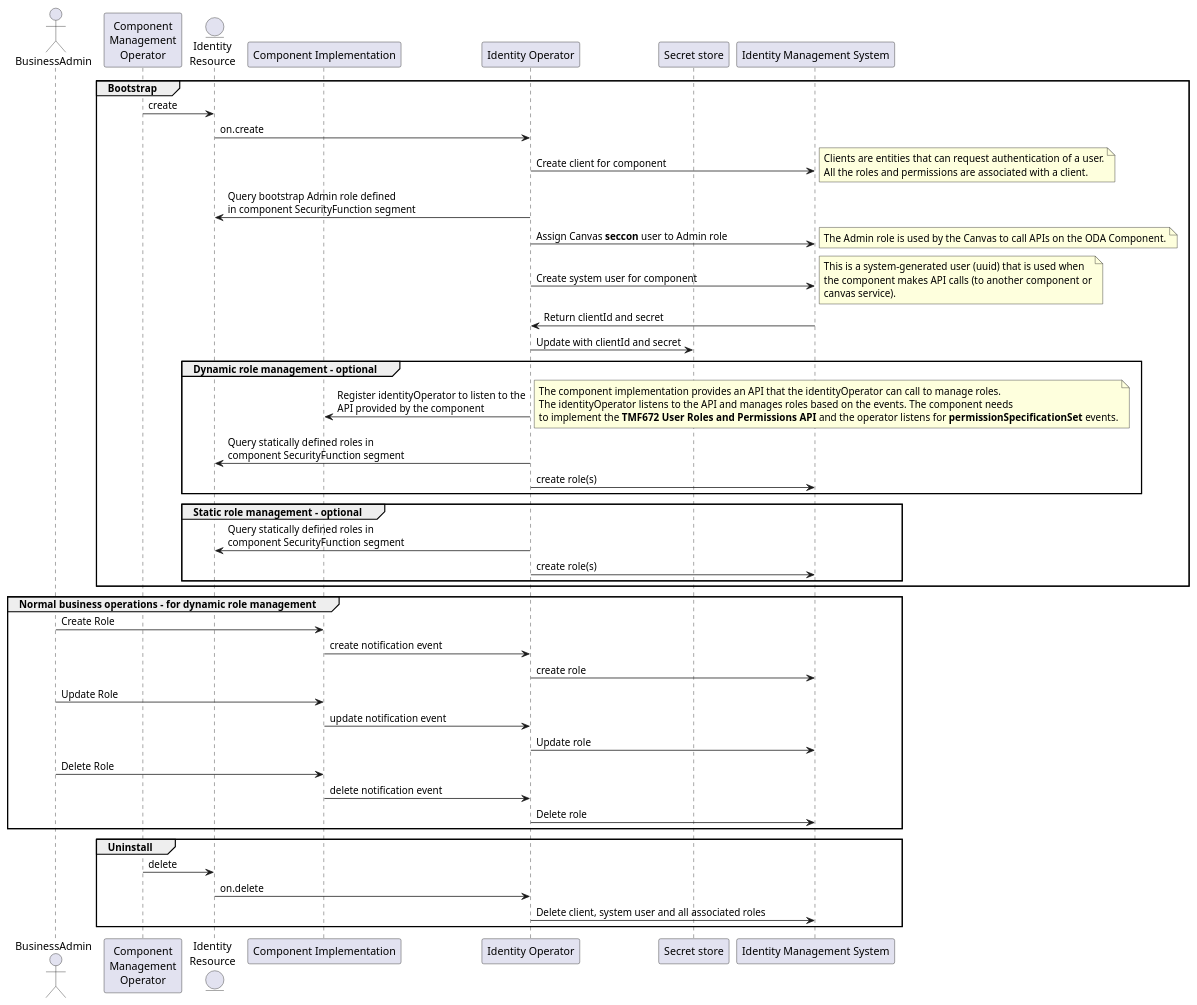
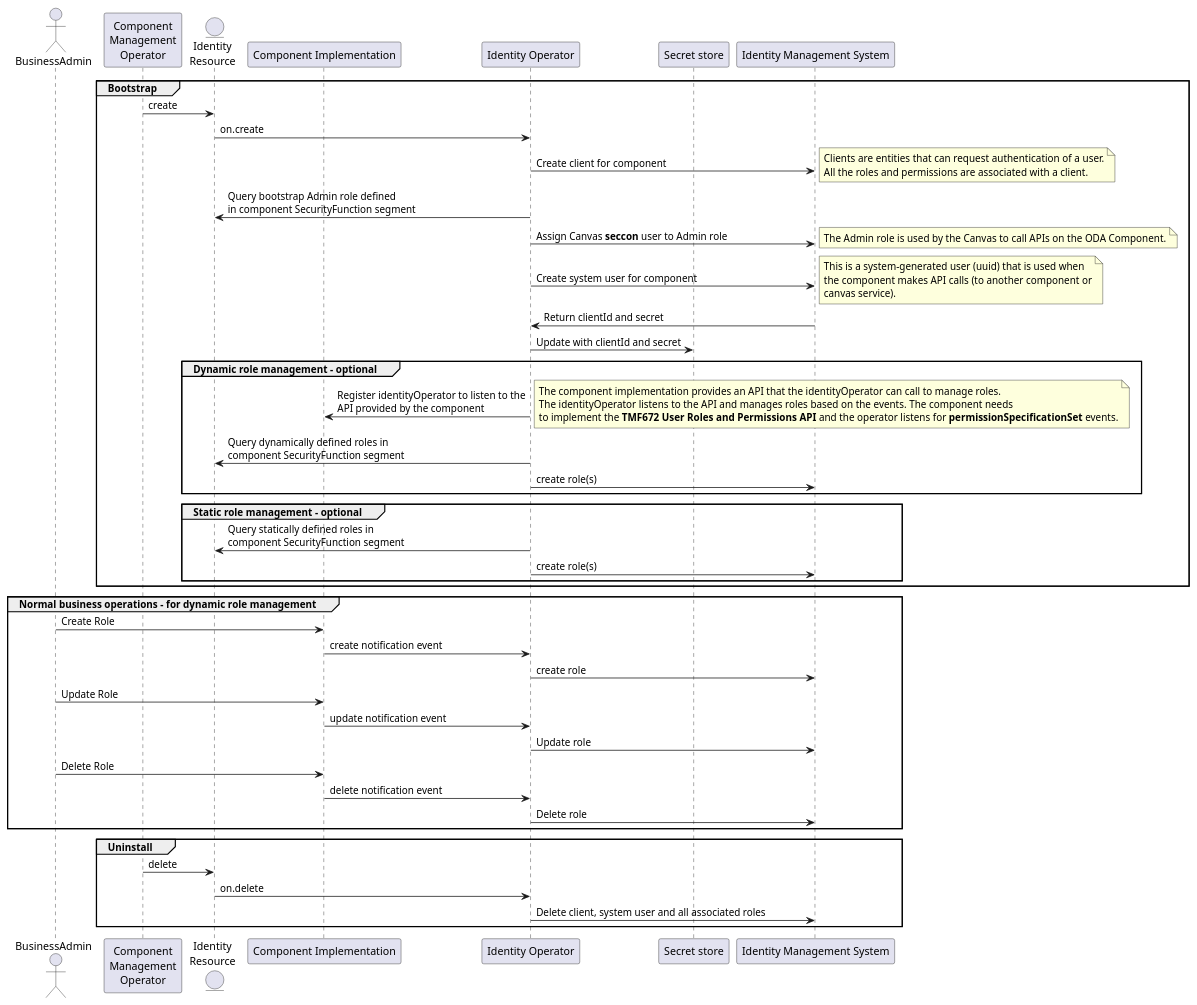
Before and after one commit to tmforum-oda/oda-canvas: the diagram in usecase-library/pumlFiles/configure-users-and-roles.puml, drawn with PlantUML.

```diff
--- a/usecase-library/pumlFiles/configure-users-and-roles.puml
+++ b/usecase-library/pumlFiles/configure-users-and-roles.puml
@@ -1,70 +1,70 @@
 @startuml
 
 actor BusinessAdmin
 participant "Component\nManagement\nOperator" as ComponentOperator
 entity "Identity\nResource" as IdentityResource
 participant "Component Implementation" as ComponentImplementation
 participant "Identity Operator" as identityOperator
 participant "Secret store" as SecretStore
 participant "Identity Management System" as IDM
 
 group Bootstrap
 IdentityResource <- ComponentOperator : create
 
 IdentityResource -> identityOperator: on.create 
 identityOperator -> IDM: Create client for component
 note right
     Clients are entities that can request authentication of a user.
     All the roles and permissions are associated with a client.
 end note
 
 identityOperator -> IdentityResource : Query bootstrap Admin role defined\nin component SecurityFunction segment
 identityOperator -> IDM: Assign Canvas **seccon** user to Admin role
 note right
     The Admin role is used by the Canvas to call APIs on the ODA Component.
 end note
 
 identityOperator -> IDM: Create system user for component
 note right
     This is a system-generated user (uuid) that is used when
     the component makes API calls (to another component or
     canvas service).
 end note
 identityOperator <- IDM: Return clientId and secret
 identityOperator -> SecretStore: Update with clientId and secret
 
 group Dynamic role management - optional
     identityOperator -> ComponentImplementation: Register identityOperator to listen to the\nAPI provided by the component
     note right
         The component implementation provides an API that the identityOperator can call to manage roles.
         The identityOperator listens to the API and manages roles based on the events. The component needs
         to implement the **TMF672 User Roles and Permissions API** and the operator listens for **permissionSpecificationSet** events.
     end note
-    identityOperator -> IdentityResource: Query statically defined roles in\ncomponent SecurityFunction segment
+    identityOperator -> IdentityResource: Query dynamically defined roles in\ncomponent SecurityFunction segment
     identityOperator -> IDM: create role(s)
 end 
 group Static role management - optional
     identityOperator -> IdentityResource: Query statically defined roles in\ncomponent SecurityFunction segment
     identityOperator -> IDM: create role(s)
 end 
 
 end 
 group Normal business operations - for dynamic role management
     BusinessAdmin -> ComponentImplementation: Create Role
     ComponentImplementation-> identityOperator: create notification event
     identityOperator -> IDM: create role
     BusinessAdmin -> ComponentImplementation: Update Role
     ComponentImplementation-> identityOperator: update notification event
     identityOperator -> IDM: Update role
     BusinessAdmin -> ComponentImplementation: Delete Role
     ComponentImplementation-> identityOperator: delete notification event
     identityOperator -> IDM: Delete role
 end
 
 group Uninstall
     ComponentOperator -> IdentityResource  : delete
     IdentityResource -> identityOperator: on.delete 
     identityOperator -> IDM: Delete client, system user and all associated roles  
 end
 
 @enduml
```
